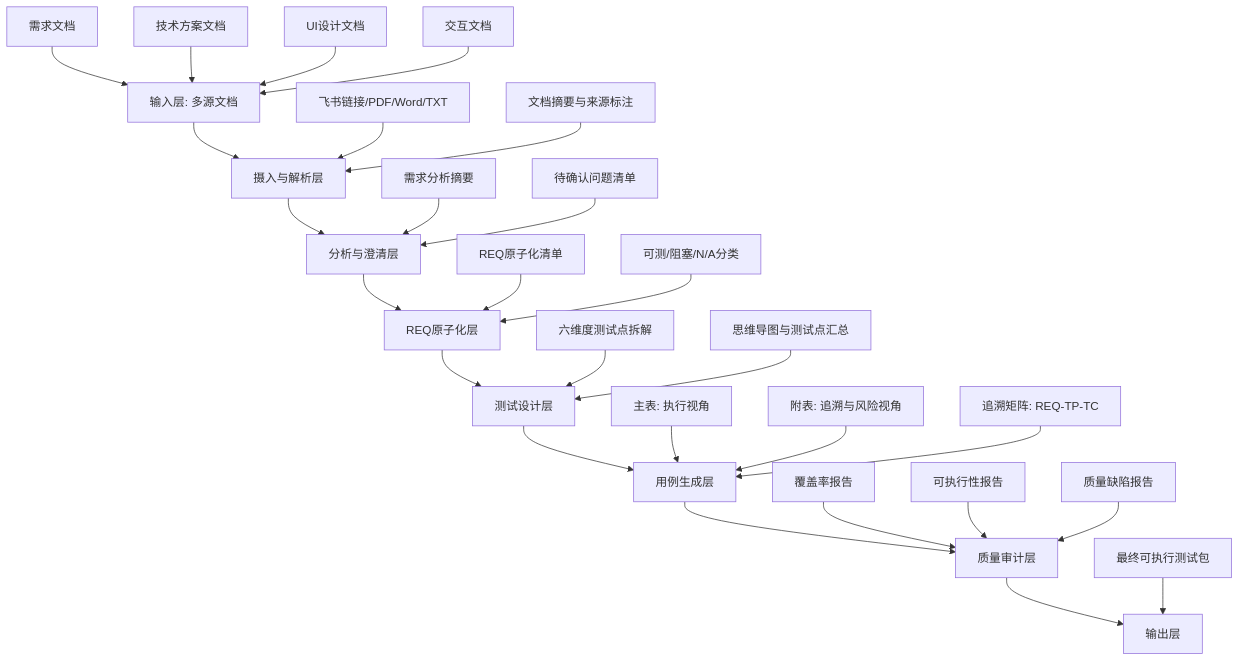
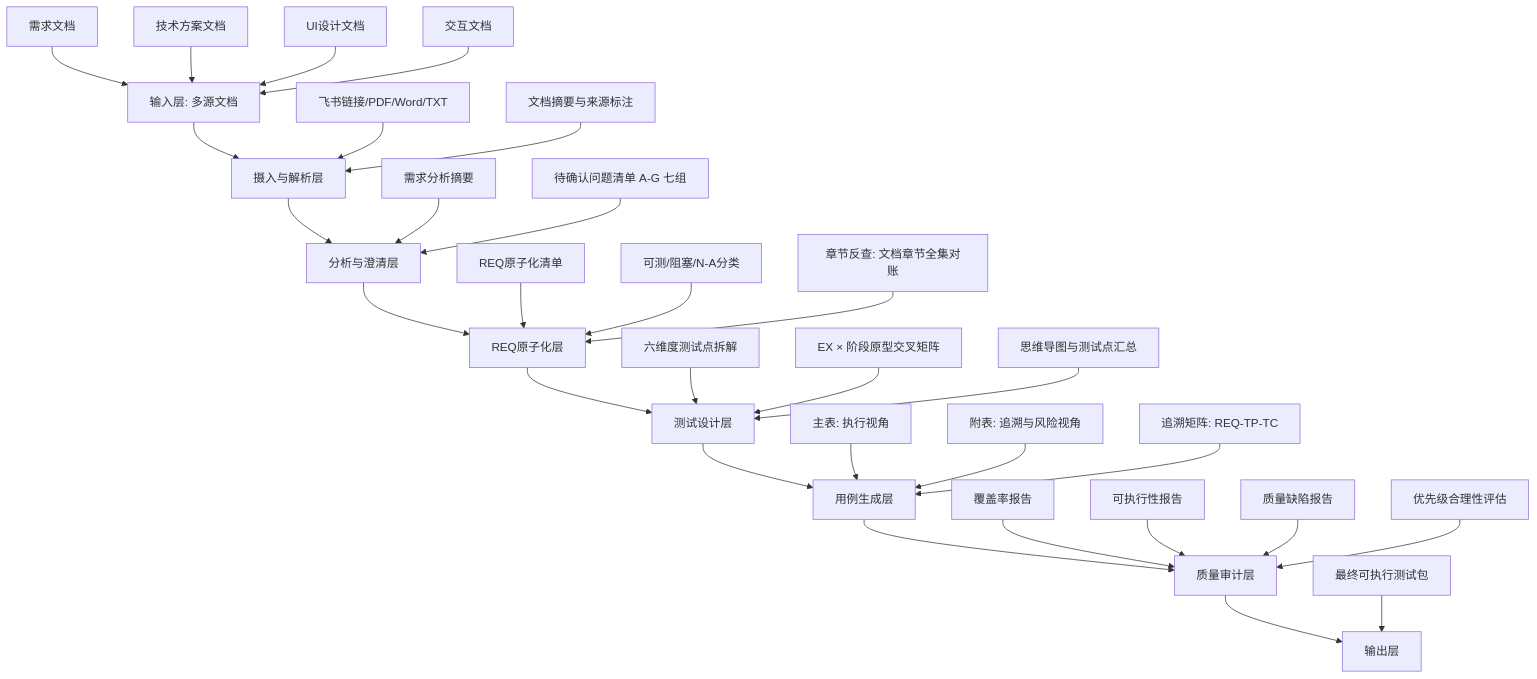
The first of 3 diagrams in REQ-TESTCASE-SKILL-ARCHITECTURE.md (justinchang1995925-sys/Auto_Test_Case), drawn with Mermaid before and after one commit. The commit also changed other lines of this file and 439 other files, not shown here.

````diff
--- a/REQ-TESTCASE-SKILL-ARCHITECTURE.md
+++ b/REQ-TESTCASE-SKILL-ARCHITECTURE.md
@@ -38,37 +53,40 @@
 ```mermaid
 flowchart TB
     A[输入层: 多源文档] --> B[摄入与解析层]
     B --> C[分析与澄清层]
     C --> D[REQ原子化层]
     D --> E[测试设计层]
     E --> F[用例生成层]
     F --> G[质量审计层]
     G --> H[输出层]
 
     A1[需求文档] --> A
     A2[技术方案文档] --> A
     A3[UI设计文档] --> A
     A4[交互文档] --> A
 
     B1[飞书链接/PDF/Word/TXT] --> B
     B2[文档摘要与来源标注] --> B
 
     C1[需求分析摘要] --> C
-    C2[待确认问题清单] --> C
+    C2[待确认问题清单 A-G 七组] --> C
 
     D1[REQ原子化清单] --> D
-    D2[可测/阻塞/N/A分类] --> D
+    D2[可测/阻塞/N-A分类] --> D
+    D3[章节反查: 文档章节全集对账] --> D
 
     E1[六维度测试点拆解] --> E
-    E2[思维导图与测试点汇总] --> E
+    E2[EX × 阶段原型交叉矩阵] --> E
+    E3[思维导图与测试点汇总] --> E
 
     F1[主表: 执行视角] --> F
     F2[附表: 追溯与风险视角] --> F
     F3[追溯矩阵: REQ-TP-TC] --> F
 
     G1[覆盖率报告] --> G
     G2[可执行性报告] --> G
     G3[质量缺陷报告] --> G
+    G4[优先级合理性评估] --> G
 
     H1[最终可执行测试包] --> H
 ```
````
